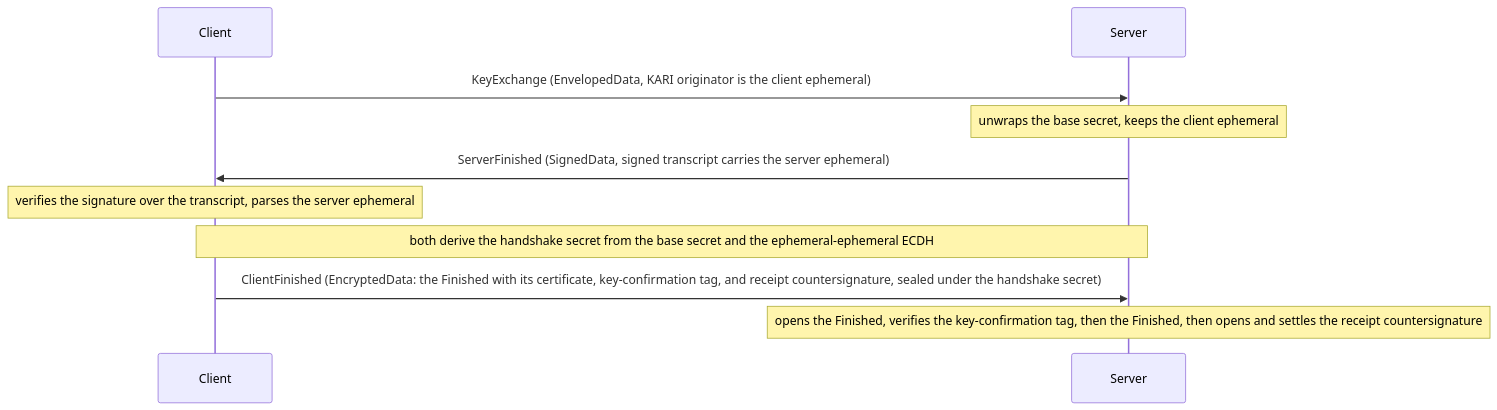
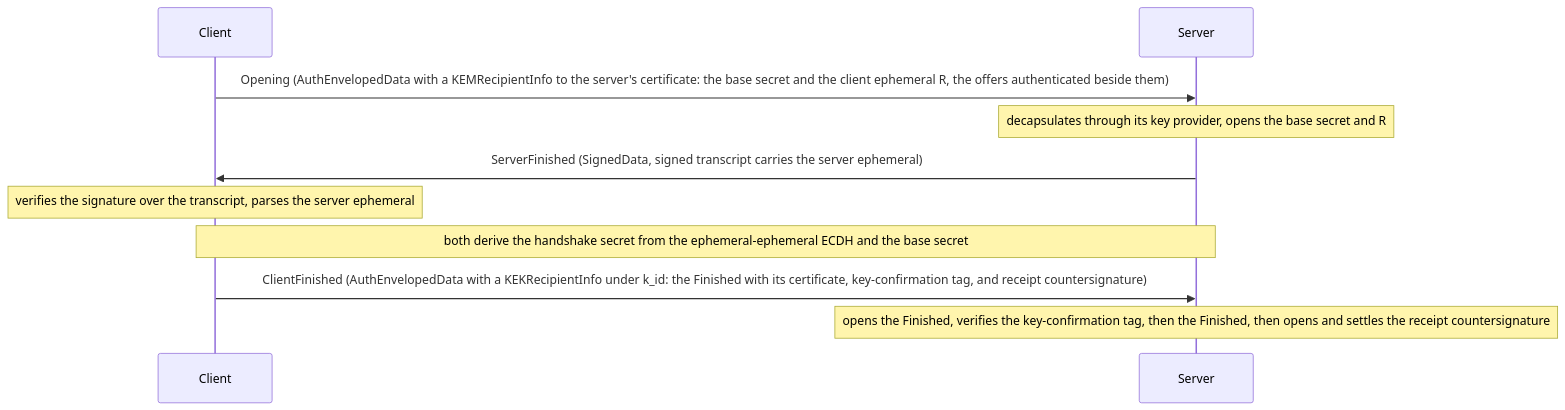
One commit to wahidgroup/tightbeam changed the third of 6 diagrams in docs/handshake.md. Above: the diagram before and after it, drawn with Mermaid. The commit also changed other lines of this file and 166 other files, not shown here.

Commit message:
fix!: conform signatures and CMS flow to spec

````diff
--- a/docs/handshake.md
+++ b/docs/handshake.md
@@ -125,12 +125,12 @@
 ```mermaid
 sequenceDiagram
     participant C as Client
     participant S as Server
-    C->>S: KeyExchange (EnvelopedData, KARI originator is the client ephemeral)
-    Note over S: unwraps the base secret, keeps the client ephemeral
+    C->>S: Opening (AuthEnvelopedData with a KEMRecipientInfo to the server's certificate: the base secret and the client ephemeral R, the offers authenticated beside them)
+    Note over S: decapsulates through its key provider, opens the base secret and R
     S->>C: ServerFinished (SignedData, signed transcript carries the server ephemeral)
     Note over C: verifies the signature over the transcript, parses the server ephemeral
-    Note over C,S: both derive the handshake secret from the base secret and the ephemeral-ephemeral ECDH
-    C->>S: ClientFinished (EncryptedData: the Finished with its certificate, key-confirmation tag, and receipt countersignature, sealed under the handshake secret)
+    Note over C,S: both derive the handshake secret from the ephemeral-ephemeral ECDH and the base secret
+    C->>S: ClientFinished (AuthEnvelopedData with a KEKRecipientInfo under k_id: the Finished with its certificate, key-confirmation tag, and receipt countersignature)
     Note over S: opens the Finished, verifies the key-confirmation tag, then the Finished, then opens and settles the receipt countersignature
 ```
````
